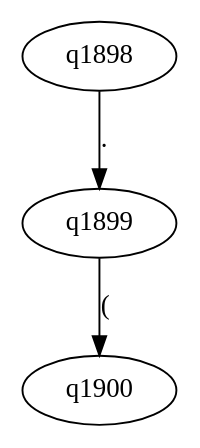
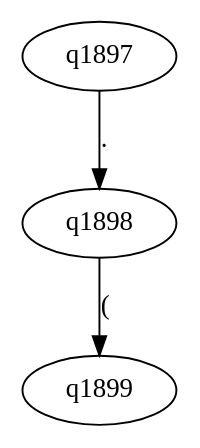
Before and after one commit to JUMPSTONIK/Proyecto---Compiladores: the diagram in AFNstartcode.dot, drawn with Graphviz. The commit also changed 36 other files, not shown here.

```diff
--- a/AFNstartcode.dot
+++ b/AFNstartcode.dot
@@ -1,4 +1,4 @@
 digraph G{
-q1898 -> q1899 [label="."]
-q1899 -> q1900 [label="("]
+q1897 -> q1898 [label="."]
+q1898 -> q1899 [label="("]
 }
```
